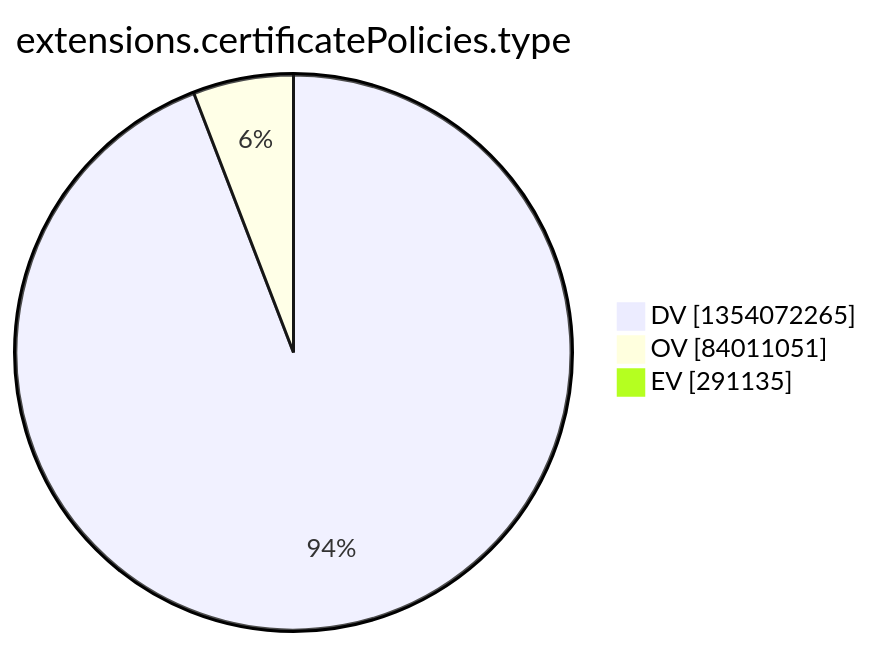
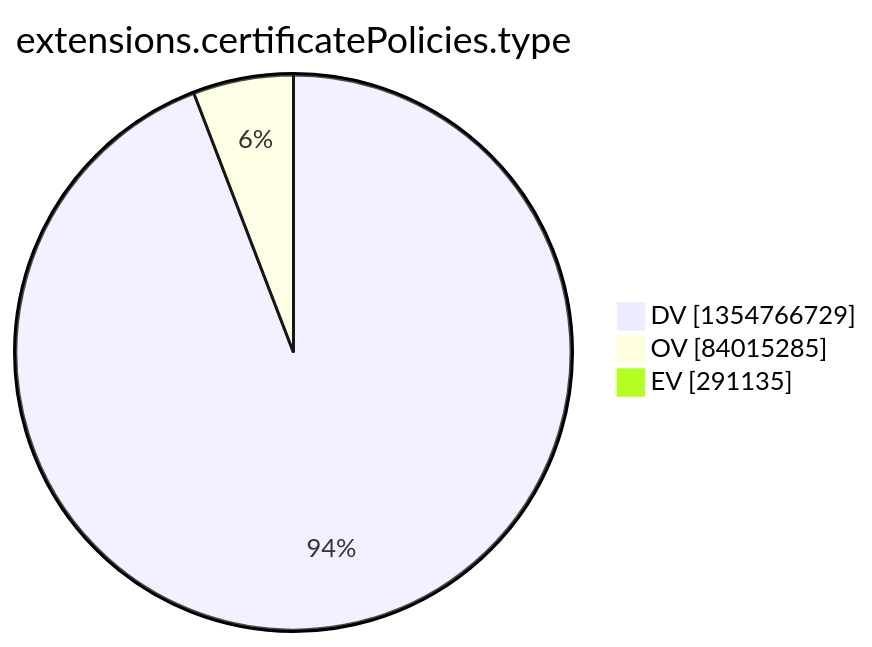
One commit to christiankrug/ctmonitor_visualization changed the tenth of 15 diagrams in argon2022/README.md. Above: the diagram before and after it, drawn with Mermaid. The commit also changed other lines of this file, not shown here.

````diff
--- a/argon2022/README.md
+++ b/argon2022/README.md
@@ -2773,7 +2773,7 @@
 ```mermaid
 pie showData
 title extensions.certificatePolicies.type
-"DV" :1354072265
-"OV" :84011051
+"DV" :1354766729
+"OV" :84015285
 "EV" :291135
 ```
````
